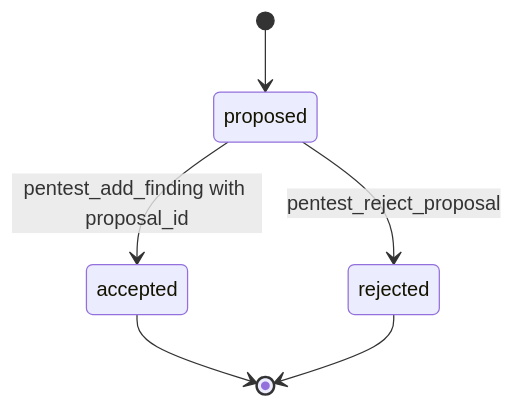
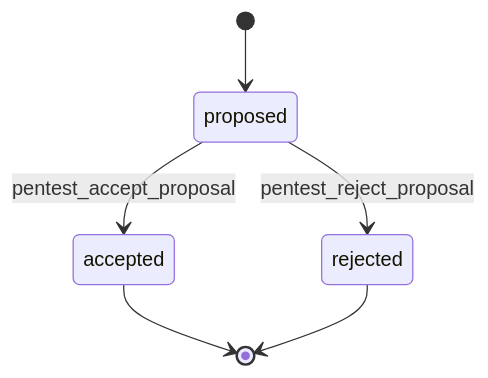
Before and after one commit to mkdirtim/FERR: the fourth of 5 diagrams in data/features/db.md, drawn with Mermaid. The commit also changed other lines of this file and 14 other files, not shown here.

Commit message:
feat: update agent flows and db/report runtime

````diff
--- a/data/features/db.md
+++ b/data/features/db.md
@@ -262,8 +262,8 @@
 ```mermaid
 stateDiagram-v2
     [*] --> proposed
-    proposed --> accepted: pentest_add_finding with proposal_id
+    proposed --> accepted: pentest_accept_proposal
     proposed --> rejected: pentest_reject_proposal
     accepted --> [*]
     rejected --> [*]
 ```
````
